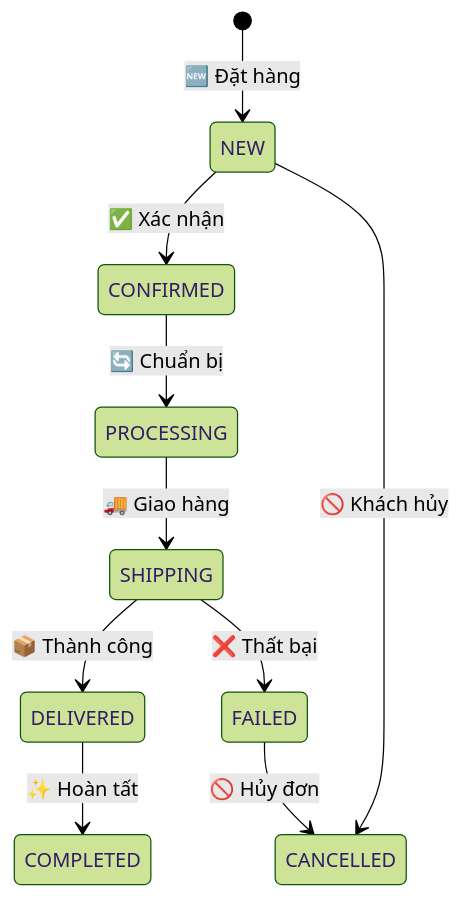
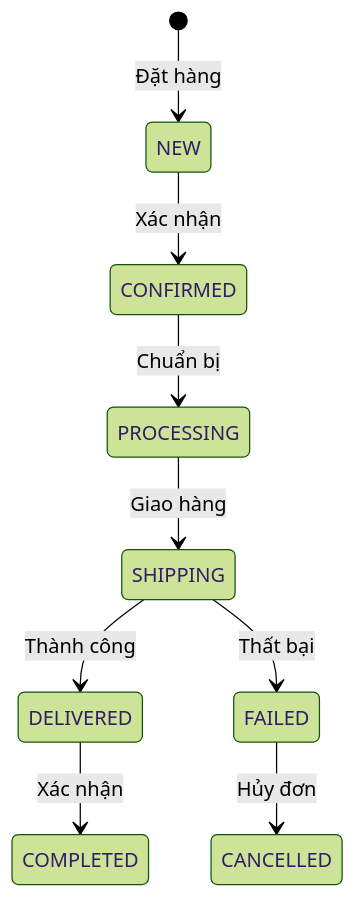
One commit to toantran00/BTTH_12 changed diagram 13 of 17 in README.md. Above: the diagram before and after it, drawn with Mermaid (forest theme). The commit also changed other lines of this file, not shown here.

````diff
--- a/README.md
+++ b/README.md
@@ -276,12 +593,11 @@
 ```mermaid
 stateDiagram-v2
-    [*] --> NEW: 🆕 Đặt hàng
-    NEW --> CONFIRMED: ✅ Xác nhận
-    CONFIRMED --> PROCESSING: 🔄 Chuẩn bị
-    PROCESSING --> SHIPPING: 🚚 Giao hàng
-    SHIPPING --> DELIVERED: 📦 Thành công
-    SHIPPING --> FAILED: ❌ Thất bại
-    DELIVERED --> COMPLETED: ✨ Hoàn tất
-    FAILED --> CANCELLED: 🚫 Hủy đơn
-    NEW --> CANCELLED: 🚫 Khách hủy
+    [*] --> NEW: Đặt hàng
+    NEW --> CONFIRMED: Xác nhận
+    CONFIRMED --> PROCESSING: Chuẩn bị
+    PROCESSING --> SHIPPING: Giao hàng
+    SHIPPING --> DELIVERED: Thành công
+    SHIPPING --> FAILED: Thất bại
+    DELIVERED --> COMPLETED: Xác nhận
+    FAILED --> CANCELLED: Hủy đơn
 ```
````
